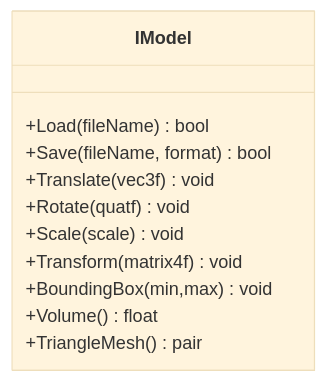
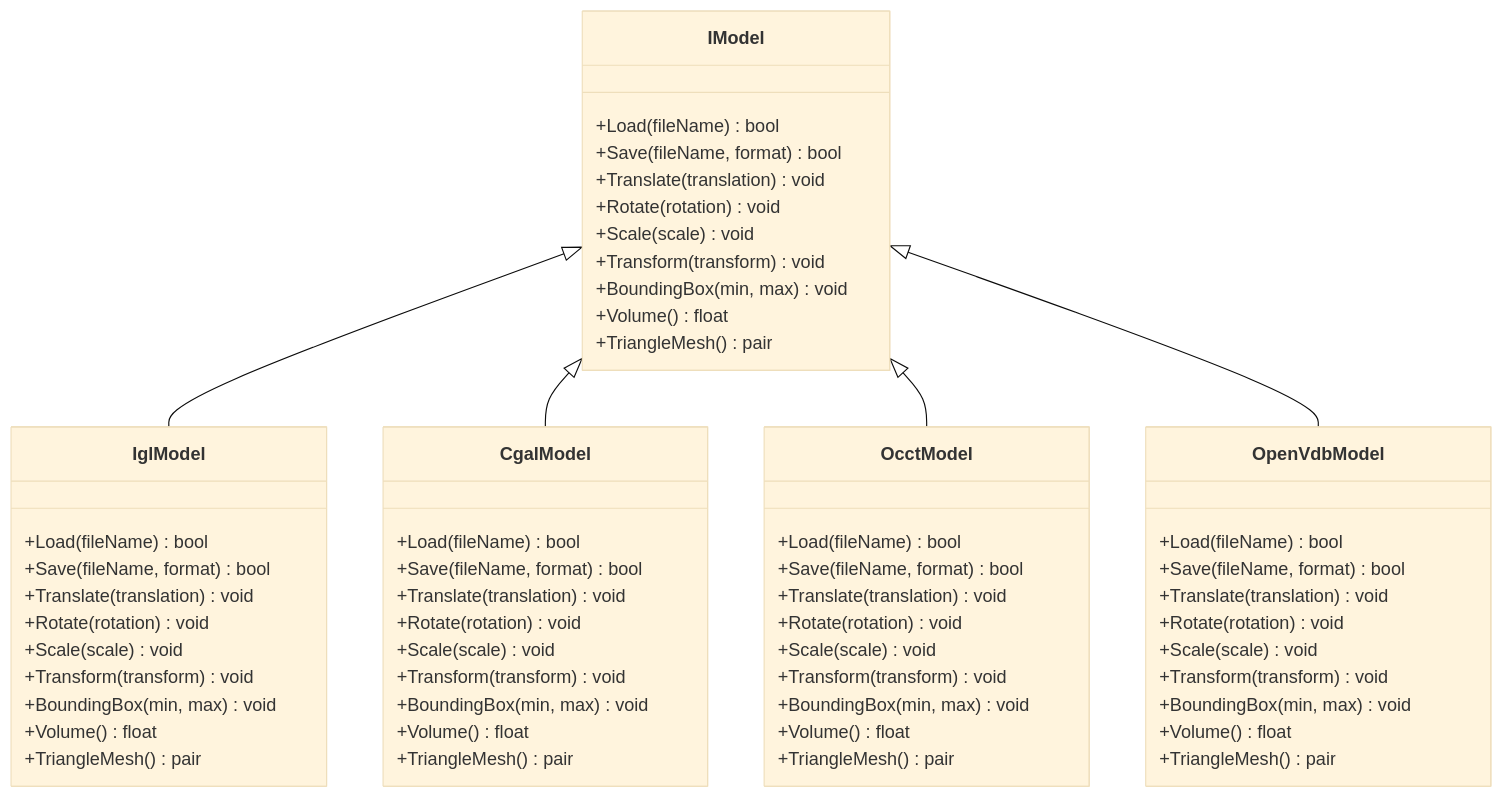
Before and after one commit to hsmbanlance/HsBaSlicer: the second of 8 diagrams in .qoder/repowiki/zh/content/核心概念/核心概念.md, drawn with Mermaid (base theme). The commit also changed other lines of this file and 1135 other files, not shown here.

````diff
--- a/.qoder/repowiki/zh/content/核心概念/核心概念.md
+++ b/.qoder/repowiki/zh/content/核心概念/核心概念.md
@@ -146,14 +94,62 @@
 ```mermaid
 classDiagram
 class IModel {
 +Load(fileName) bool
 +Save(fileName, format) bool
-+Translate(vec3f) void
-+Rotate(quatf) void
++Translate(translation) void
++Rotate(rotation) void
 +Scale(scale) void
-+Transform(matrix4f) void
-+BoundingBox(min,max) void
++Transform(transform) void
++BoundingBox(min, max) void
 +Volume() float
 +TriangleMesh() pair
 }
+class IglModel {
++Load(fileName) bool
++Save(fileName, format) bool
++Translate(translation) void
++Rotate(rotation) void
++Scale(scale) void
++Transform(transform) void
++BoundingBox(min, max) void
++Volume() float
++TriangleMesh() pair
+}
+class CgalModel {
++Load(fileName) bool
++Save(fileName, format) bool
++Translate(translation) void
++Rotate(rotation) void
++Scale(scale) void
++Transform(transform) void
++BoundingBox(min, max) void
++Volume() float
++TriangleMesh() pair
+}
+class OcctModel {
++Load(fileName) bool
++Save(fileName, format) bool
++Translate(translation) void
++Rotate(rotation) void
++Scale(scale) void
++Transform(transform) void
++BoundingBox(min, max) void
++Volume() float
++TriangleMesh() pair
+}
+class OpenVdbModel {
++Load(fileName) bool
++Save(fileName, format) bool
++Translate(translation) void
++Rotate(rotation) void
++Scale(scale) void
++Transform(transform) void
++BoundingBox(min, max) void
++Volume() float
++TriangleMesh() pair
+}
+IModel <|-- IglModel
+IModel <|-- CgalModel
+IModel <|-- OcctModel
+IModel <|-- OpenVdbModel
 ```
````
